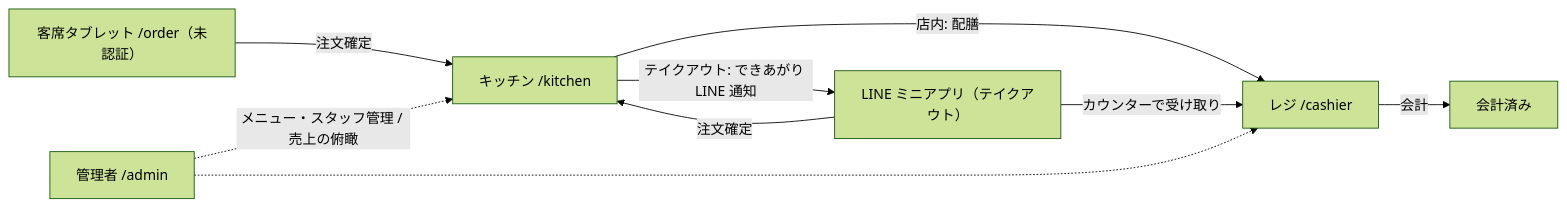
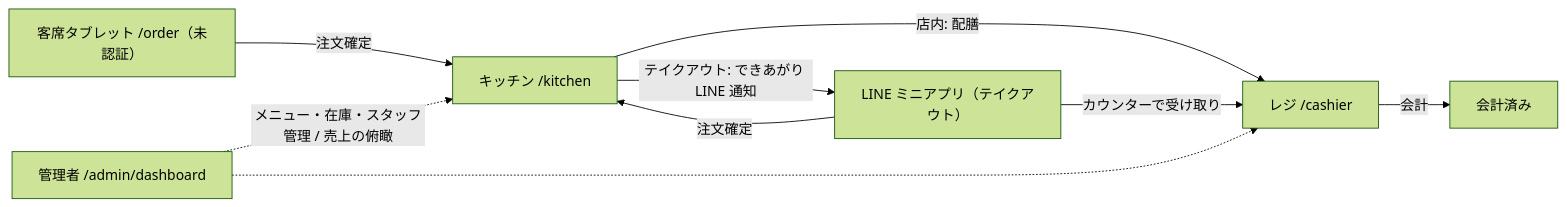
One commit to e601201/table_order_app changed the first of 2 diagrams in README.md. Above: the diagram before and after it, drawn with Mermaid (forest theme). The commit also changed other lines of this file, not shown here.

Commit message:
README を実装最新に同期 | 二軸状態図に打ち切り/解除を追加・注文状況（/order/status）と来店境界・商品在庫節を追記・main マージの Kamal 自動デプロイと ADR 範囲（〜0013）を更新

````diff
--- a/README.md
+++ b/README.md
@@ -40,11 +41,11 @@
 ```mermaid
 flowchart LR
     C["客席タブレット /order（未認証）"] -->|注文確定| K["キッチン /kitchen"]
     L["LINE ミニアプリ（テイクアウト）"] -->|注文確定| K
     K -->|"店内: 配膳"| R["レジ /cashier"]
     K -->|"テイクアウト: できあがり LINE 通知"| L
     L -->|カウンターで受け取り| R
     R -->|会計| D["会計済み"]
-    A["管理者 /admin"] -.->|"メニュー・スタッフ管理 / 売上の俯瞰"| K
+    A["管理者 /admin/dashboard"] -.->|"メニュー・在庫・スタッフ管理 / 売上の俯瞰"| K
     A -.-> R
 ```
````
